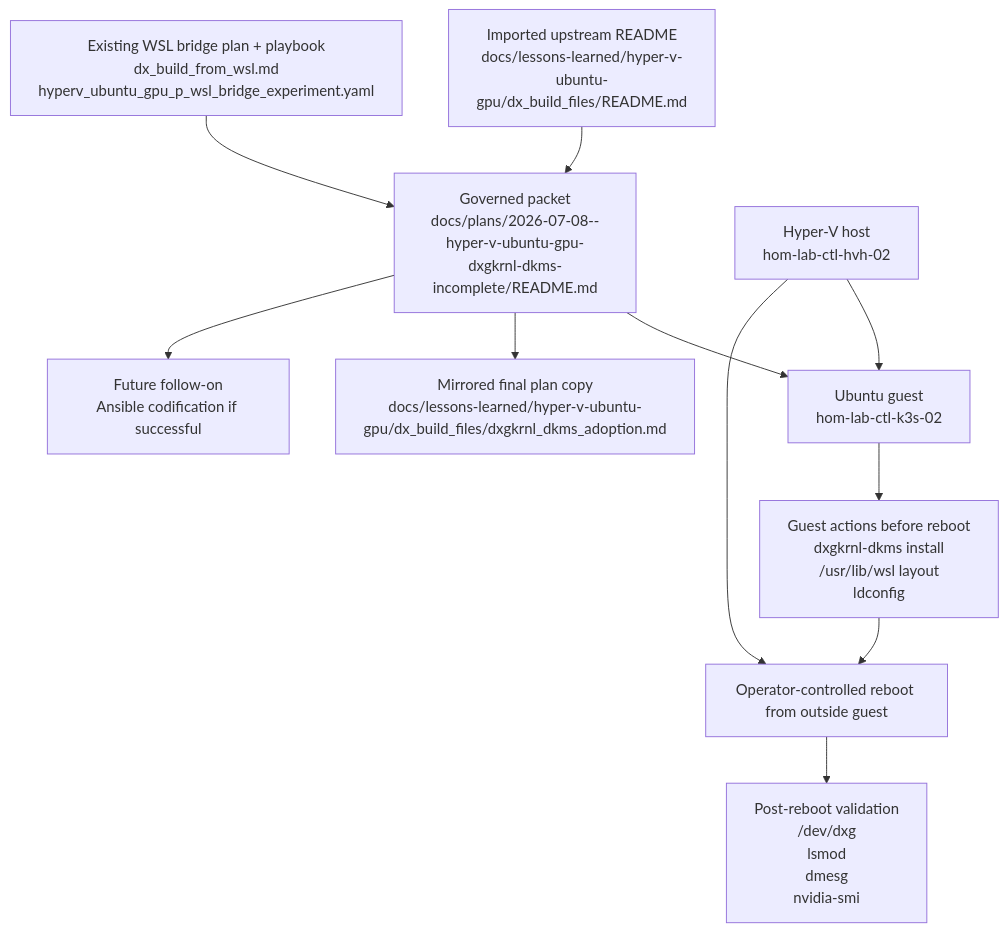
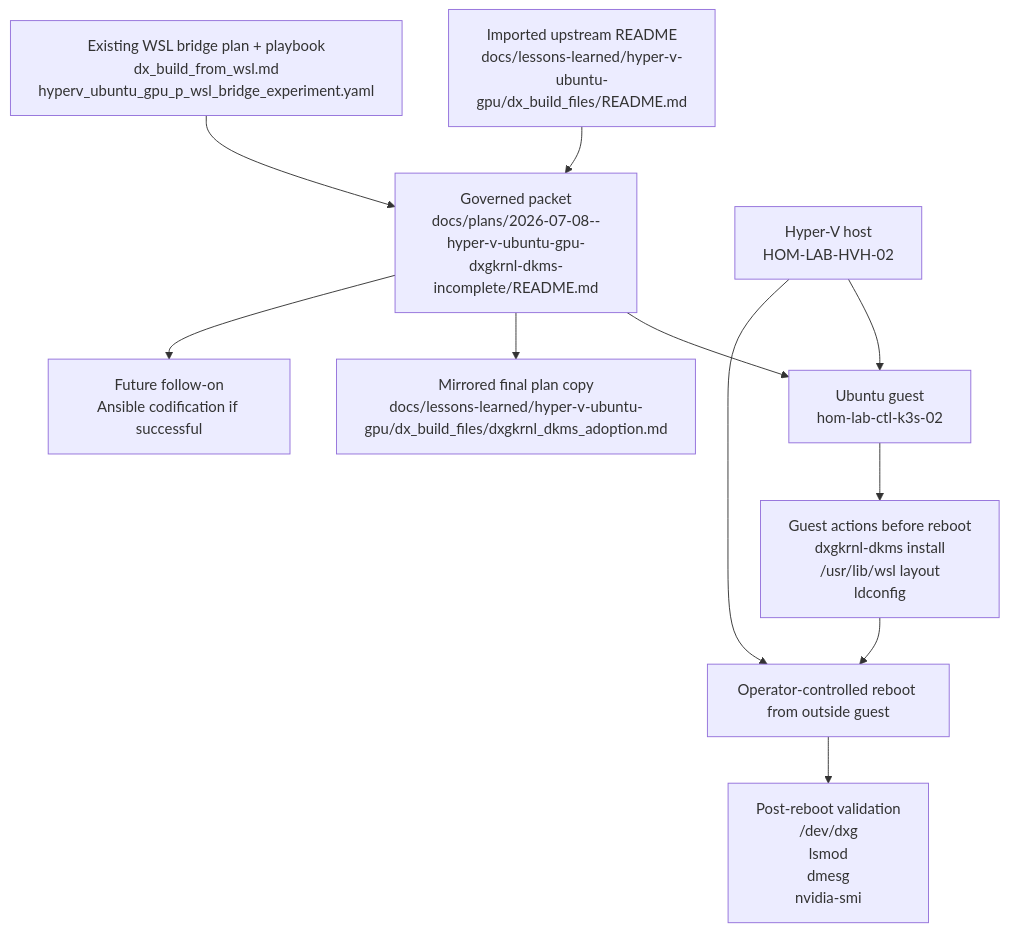
The first of 3 diagrams in docs/plans/2026-07-08--hyper-v-ubuntu-gpu-dxgkrnl-dkms-incomplete/README.md (doesitscript/dotfile-vnext), drawn with Mermaid before and after one commit. The commit also changed 271 other files, not shown here.

First line of the commit message:
Rename schema dropping middle ctl and update HOM-LAB-CTL-HVH-01

````diff
--- a/docs/plans/2026-07-08--hyper-v-ubuntu-gpu-dxgkrnl-dkms-incomplete/README.md
+++ b/docs/plans/2026-07-08--hyper-v-ubuntu-gpu-dxgkrnl-dkms-incomplete/README.md
@@ -102,13 +102,13 @@
 ```mermaid
 flowchart TD
     A["Imported upstream README<br/>docs/lessons-learned/hyper-v-ubuntu-gpu/dx_build_files/README.md"] --> B["Governed packet<br/>docs/plans/2026-07-08--hyper-v-ubuntu-gpu-dxgkrnl-dkms-incomplete/README.md"]
     C["Existing WSL bridge plan + playbook<br/>dx_build_from_wsl.md<br/>hyperv_ubuntu_gpu_p_wsl_bridge_experiment.yaml"] --> B
-    D["Hyper-V host<br/>hom-lab-ctl-hvh-02"] --> E["Ubuntu guest<br/>hom-lab-ctl-k3s-02"]
+    D["Hyper-V host<br/>HOM-LAB-HVH-02"] --> E["Ubuntu guest<br/>hom-lab-ctl-k3s-02"]
     B --> E
     E --> F["Guest actions before reboot<br/>dxgkrnl-dkms install<br/>/usr/lib/wsl layout<br/>ldconfig"]
     D --> G["Operator-controlled reboot from outside guest"]
     F --> G
     G --> H["Post-reboot validation<br/>/dev/dxg<br/>lsmod<br/>dmesg<br/>nvidia-smi"]
     B --> I["Mirrored final plan copy<br/>docs/lessons-learned/hyper-v-ubuntu-gpu/dx_build_files/dxgkrnl_dkms_adoption.md"]
     B --> J["Future follow-on<br/>Ansible codification if successful"]
 ```
````
